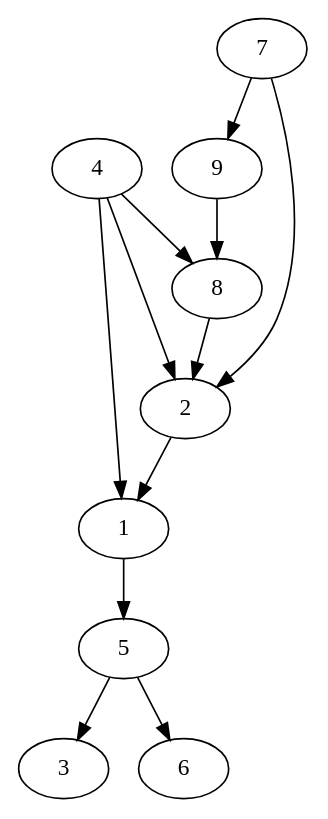
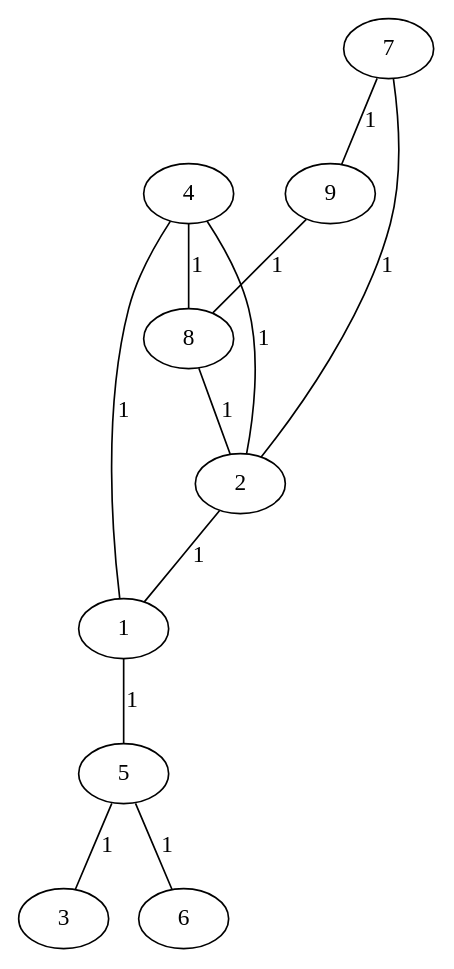
Before and after one commit to AnnaLena77/Project_M.Sc._GraphenUndNetzwerke: the diagram in filesDot/youtube.dot, drawn with Graphviz. The commit also changed 21 other files, not shown here.

```diff
--- a/filesDot/youtube.dot
+++ b/filesDot/youtube.dot
@@ -1,13 +1,13 @@
-digraph{
-1 -> 5
-2 -> 1
-4 -> 1
-4 -> 2
-4 -> 8
-5 -> 3
-5 -> 6
-7 -> 2
-7 -> 9
-8 -> 2
-9 -> 8
+graph{
+1 -- 5 [label=1]
+2 -- 1 [label=1]
+4 -- 1 [label=1]
+4 -- 2 [label=1]
+4 -- 8 [label=1]
+5 -- 3 [label=1]
+5 -- 6 [label=1]
+7 -- 2 [label=1]
+7 -- 9 [label=1]
+8 -- 2 [label=1]
+9 -- 8 [label=1]
 }
```
